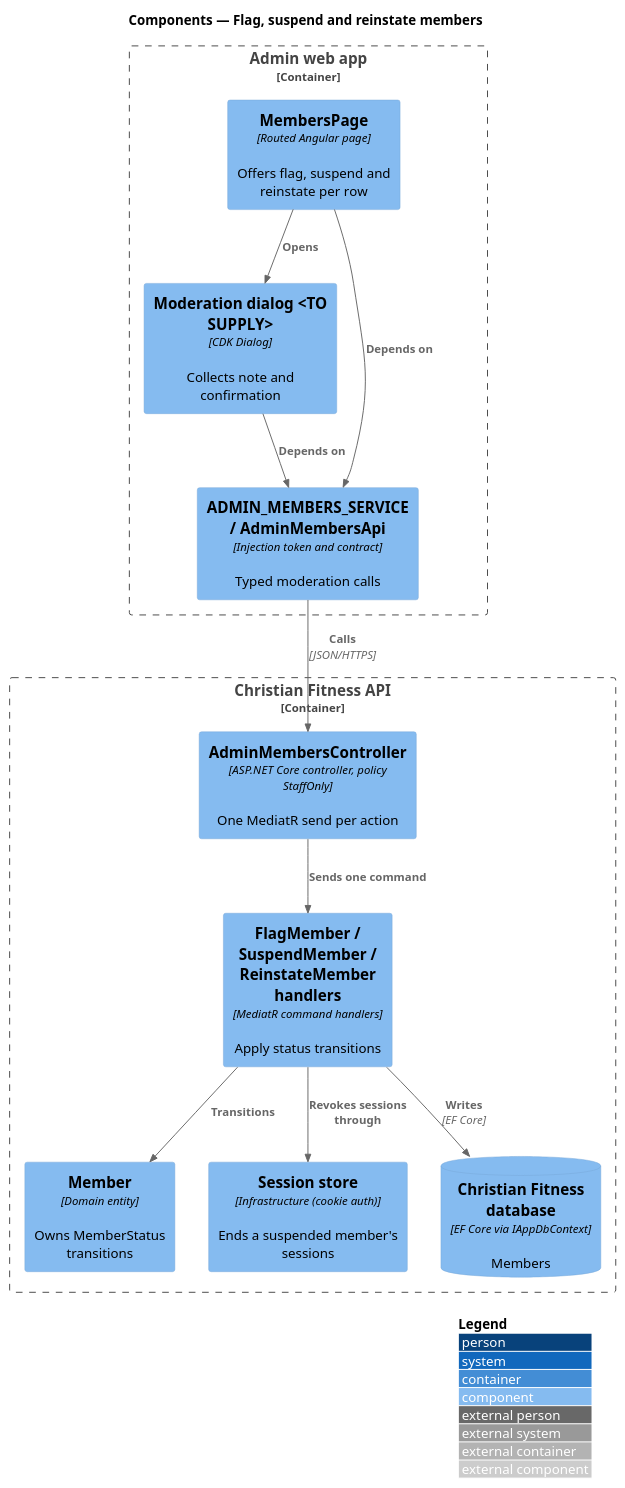
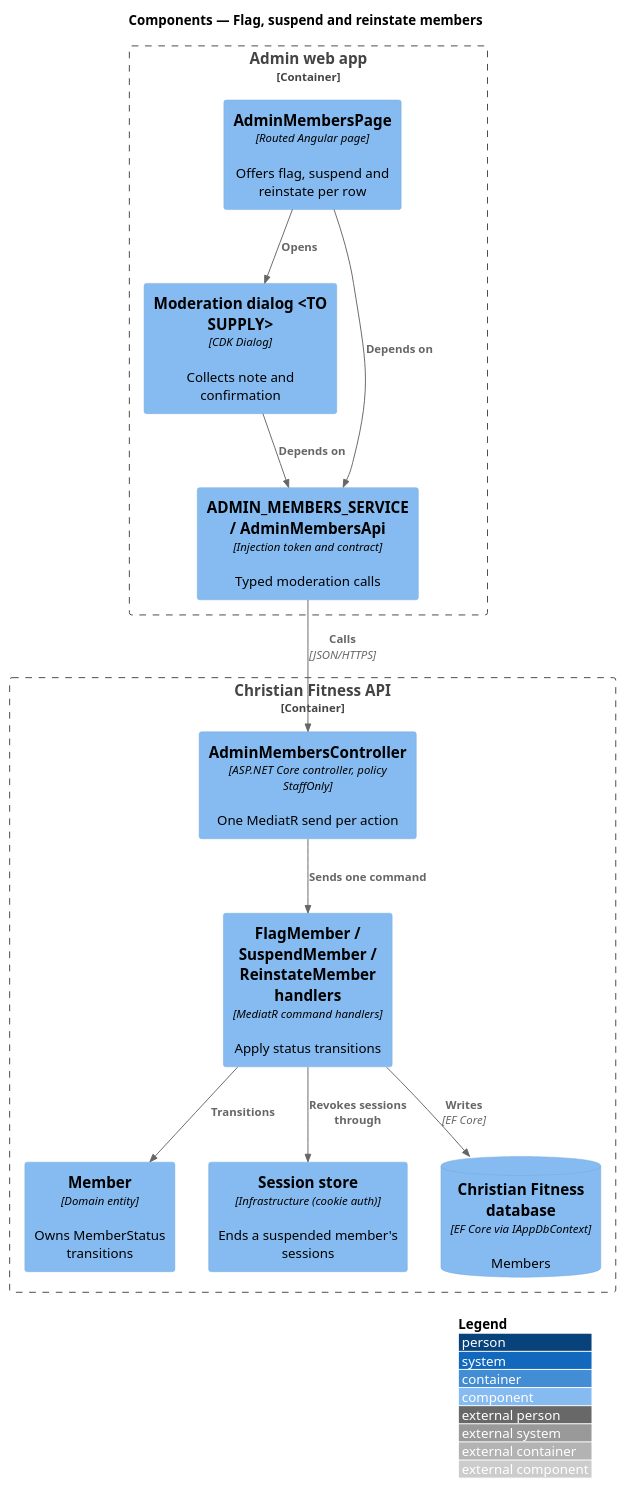
One commit to QuinntyneBrown/christian-fitness changed the diagram in docs/detailed-designs/admin-moderation/flag-suspend-reinstate-members/diagrams/c4-component.puml. Above: the diagram before and after it, drawn with PlantUML. The commit also changed 17 other files, not shown here.

First line of the commit message:
Record slice 27.1's lessons, progress and diagrams

```diff
--- a/docs/detailed-designs/admin-moderation/flag-suspend-reinstate-members/diagrams/c4-component.puml
+++ b/docs/detailed-designs/admin-moderation/flag-suspend-reinstate-members/diagrams/c4-component.puml
@@ -1,26 +1,26 @@
 @startuml
 !include <C4/C4_Component>
 LAYOUT_WITH_LEGEND()
 title Components — Flag, suspend and reinstate members
 
 Container_Boundary(fe, "Admin web app") {
-  Component(page, "MembersPage", "Routed Angular page", "Offers flag, suspend and reinstate per row")
+  Component(page, "AdminMembersPage", "Routed Angular page", "Offers flag, suspend and reinstate per row")
   Component(dlg, "Moderation dialog <TO SUPPLY>", "CDK Dialog", "Collects note and confirmation")
   Component(svc, "ADMIN_MEMBERS_SERVICE / AdminMembersApi", "Injection token and contract", "Typed moderation calls")
 }
 Container_Boundary(api, "Christian Fitness API") {
   Component(ctrl, "AdminMembersController", "ASP.NET Core controller, policy StaffOnly", "One MediatR send per action")
   Component(h, "FlagMember / SuspendMember / ReinstateMember handlers", "MediatR command handlers", "Apply status transitions")
   Component(ent, "Member", "Domain entity", "Owns MemberStatus transitions")
   Component(sess, "Session store", "Infrastructure (cookie auth)", "Ends a suspended member's sessions")
   ComponentDb(db, "Christian Fitness database", "EF Core via IAppDbContext", "Members")
 }
 Rel(page, dlg, "Opens")
 Rel(page, svc, "Depends on")
 Rel(dlg, svc, "Depends on")
 Rel(svc, ctrl, "Calls", "JSON/HTTPS")
 Rel(ctrl, h, "Sends one command")
 Rel(h, ent, "Transitions")
 Rel(h, sess, "Revokes sessions through")
 Rel(h, db, "Writes", "EF Core")
 @enduml
```
